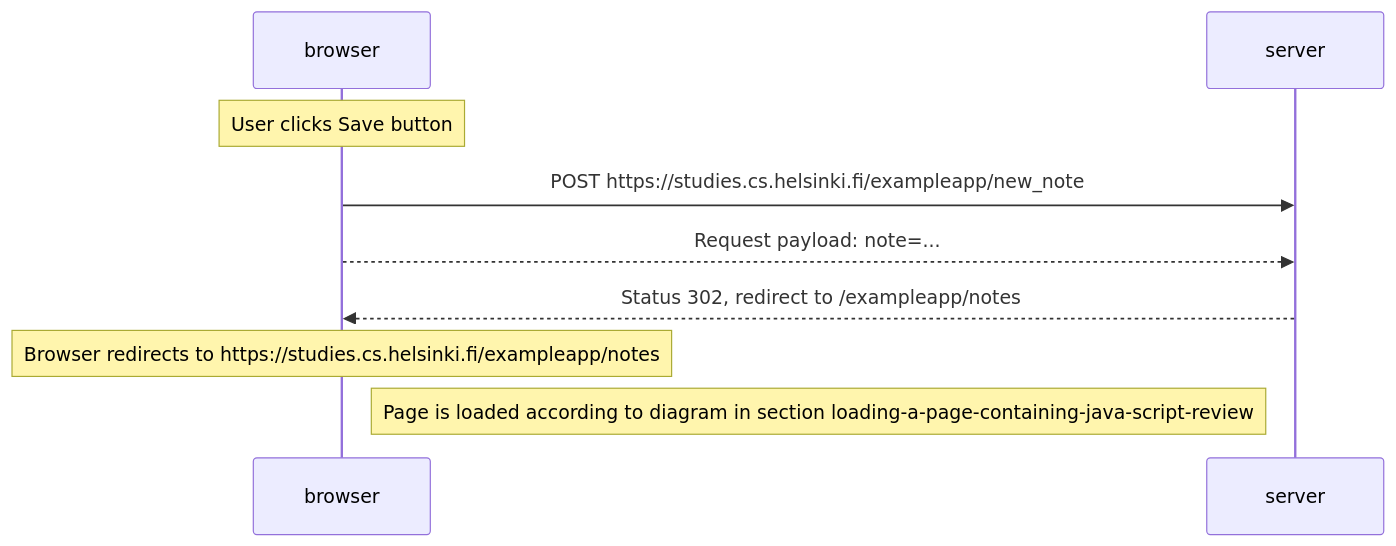
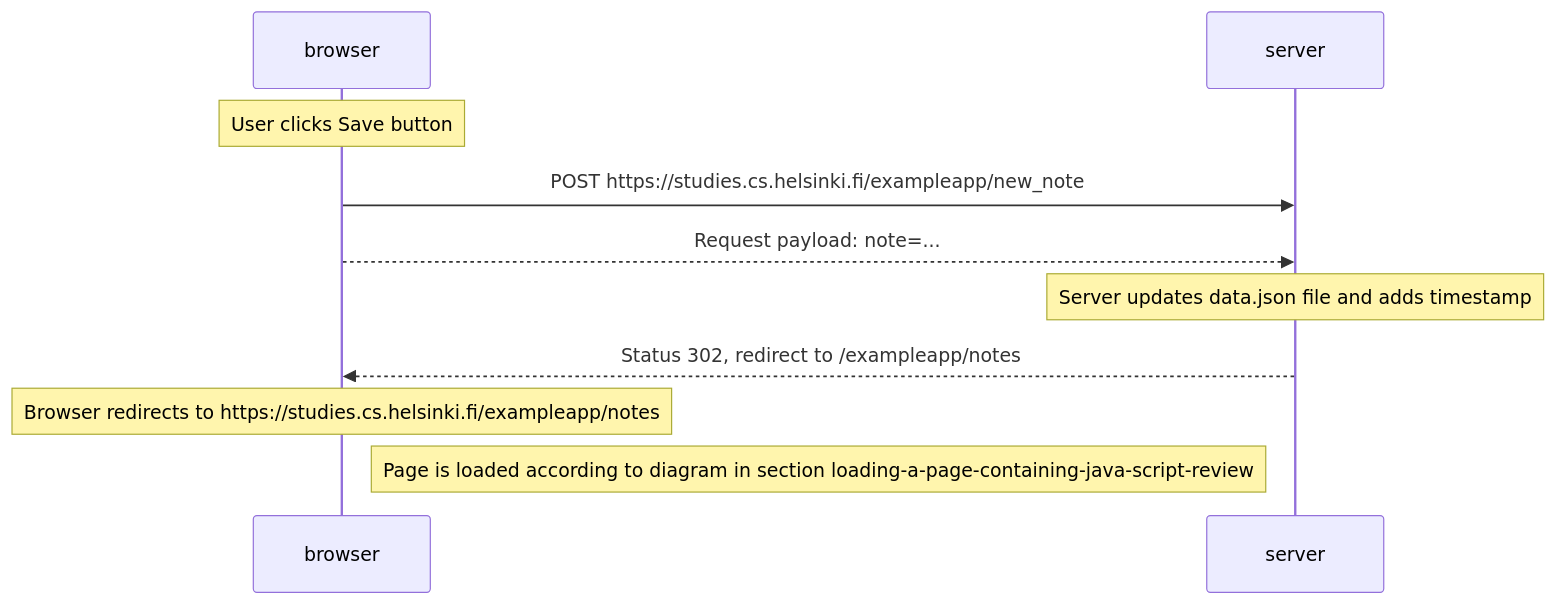
One commit to leomfn/course_fullstackopen_submissions changed the diagram in part0/new_note.md. Above: the diagram before and after it, drawn with Mermaid.

Commit message:
updated part0 solution

````diff
--- a/part0/new_note.md
+++ b/part0/new_note.md
@@ -1,11 +1,12 @@
 ```mermaid
 sequenceDiagram
 participant b as browser
 participant s as server
 Note over b: User clicks Save button
 b->>s: POST https://studies.cs.helsinki.fi/exampleapp/new_note
 b-->>s: Request payload: note=...
+Note over s: Server updates data.json file and adds timestamp
 s-->>b: Status 302, redirect to /exampleapp/notes
 Note over b: Browser redirects to https://studies.cs.helsinki.fi/exampleapp/notes
 Note right of b: Page is loaded according to diagram in section loading-a-page-containing-java-script-review
 ```
````
